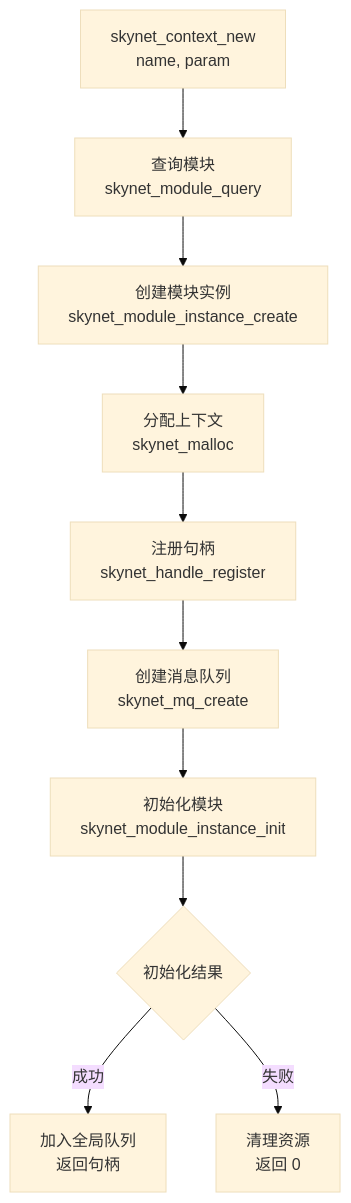
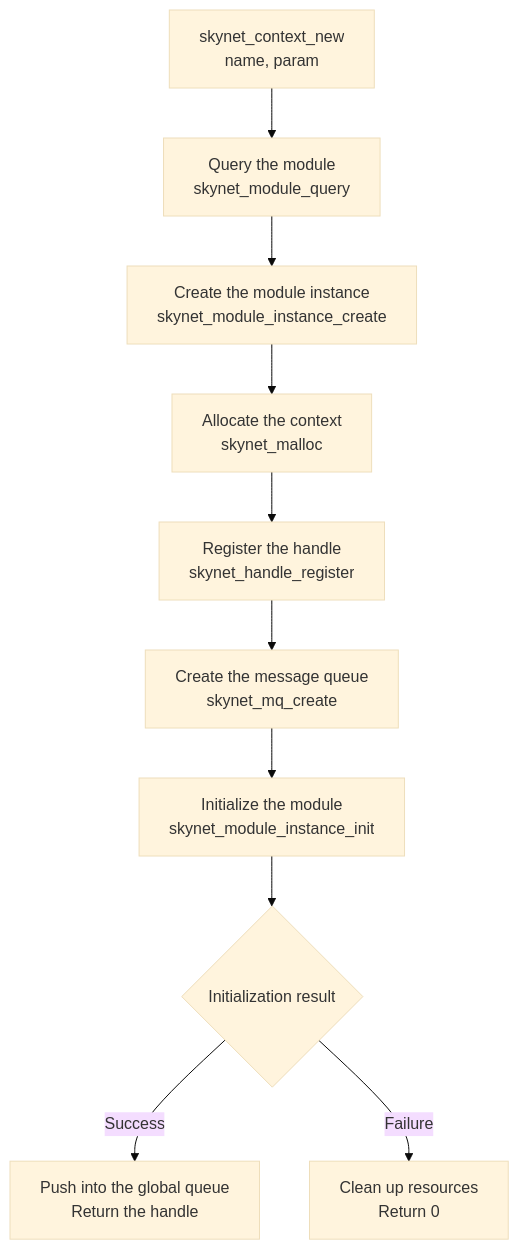
The first of 3 diagrams in docs/analysis/skynet-server.md (cuihairu/skynet), drawn with Mermaid (base theme) before and after one commit. The commit also changed other lines of this file and 86 other files, not shown here.

````diff
--- a/docs/analysis/skynet-server.md
+++ b/docs/analysis/skynet-server.md
@@ -131,13 +131,13 @@
 ```mermaid
 graph TB
-    Start[skynet_context_new<br/>name, param] --> A[查询模块<br/>skynet_module_query]
-    A --> B[创建模块实例<br/>skynet_module_instance_create]
-    B --> C[分配上下文<br/>skynet_malloc]
-    C --> D[注册句柄<br/>skynet_handle_register]
-    D --> E[创建消息队列<br/>skynet_mq_create]
-    E --> F[初始化模块<br/>skynet_module_instance_init]
-    
-    F --> G{初始化结果}
-    G -->|成功| H[加入全局队列<br/>返回句柄]
-    G -->|失败| I[清理资源<br/>返回 0]
+    Start[skynet_context_new<br/>name, param] --> A[Query the module<br/>skynet_module_query]
+    A --> B[Create the module instance<br/>skynet_module_instance_create]
+    B --> C[Allocate the context<br/>skynet_malloc]
+    C --> D[Register the handle<br/>skynet_handle_register]
+    D --> E[Create the message queue<br/>skynet_mq_create]
+    E --> F[Initialize the module<br/>skynet_module_instance_init]
+
+    F --> G{Initialization result}
+    G -->|Success| H[Push into the global queue<br/>Return the handle]
+    G -->|Failure| I[Clean up resources<br/>Return 0]
 ```
````
